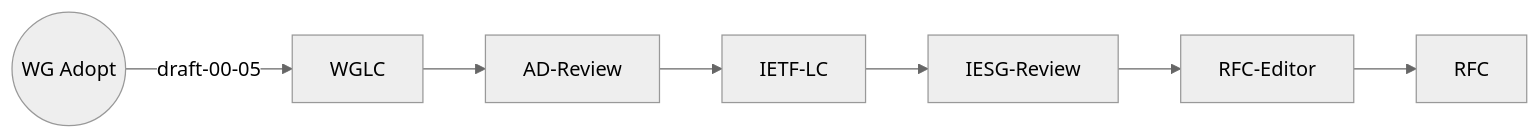
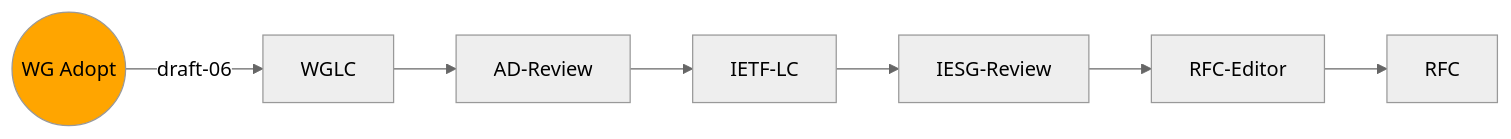
The third of 8 diagrams in index.md (ietf-wg-httpapi/ietf-wg-httpapi.github.io), drawn with Mermaid (neutral theme) before and after one commit. The commit also changed other lines of this file, not shown here.

Commit message:
Updated progress graphs for IETF 116

````diff
--- a/index.md
+++ b/index.md
@@ -45,9 +60,13 @@
 ```mermaid
 graph LR
-    WG-Adopt((WG Adopt)) --draft-00-05--> WGLC
+    classDef current fill:orange
+    classDef lastIETF fill:pink
+
+    WG-Adopt((WG Adopt)) --draft-06--> WGLC
+    class WG-Adopt current
     WGLC --> AD-Review
     AD-Review --> IETF-LC
     IETF-LC --> IESG-Review
     IESG-Review --> RFC-Editor
     RFC-Editor --> RFC
 ```
````
